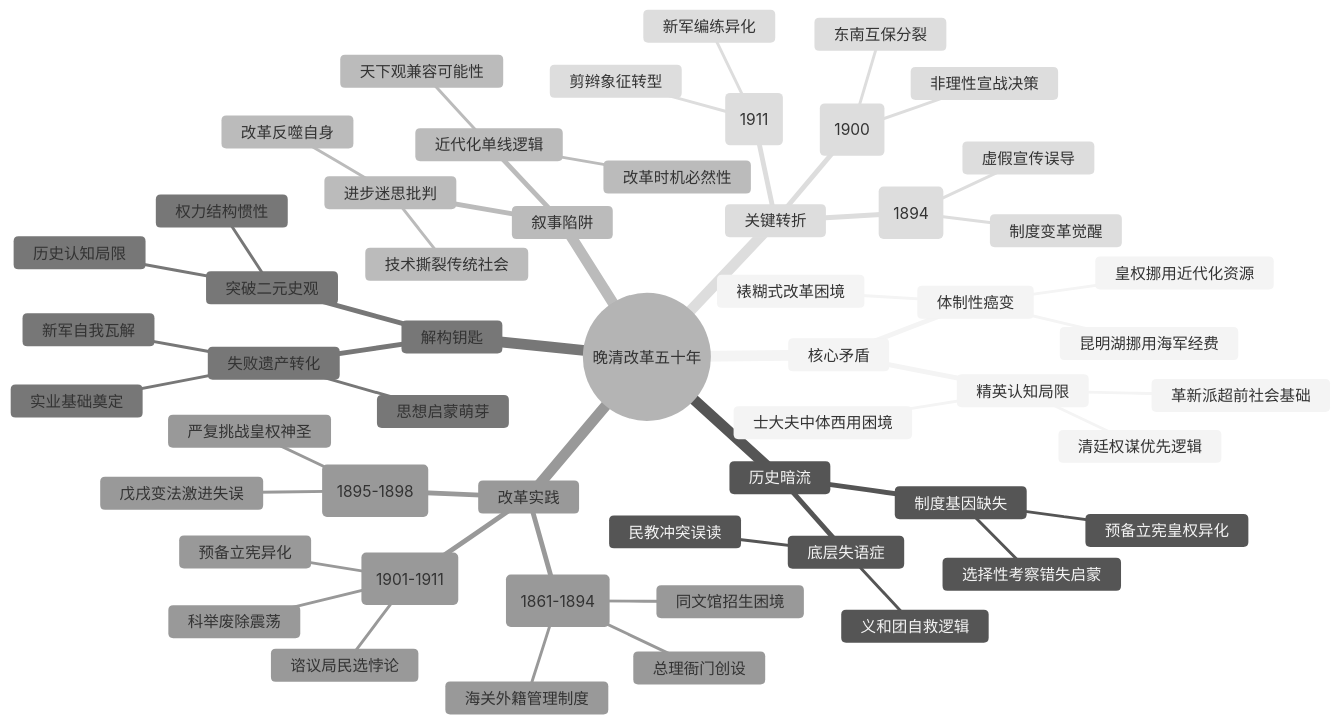
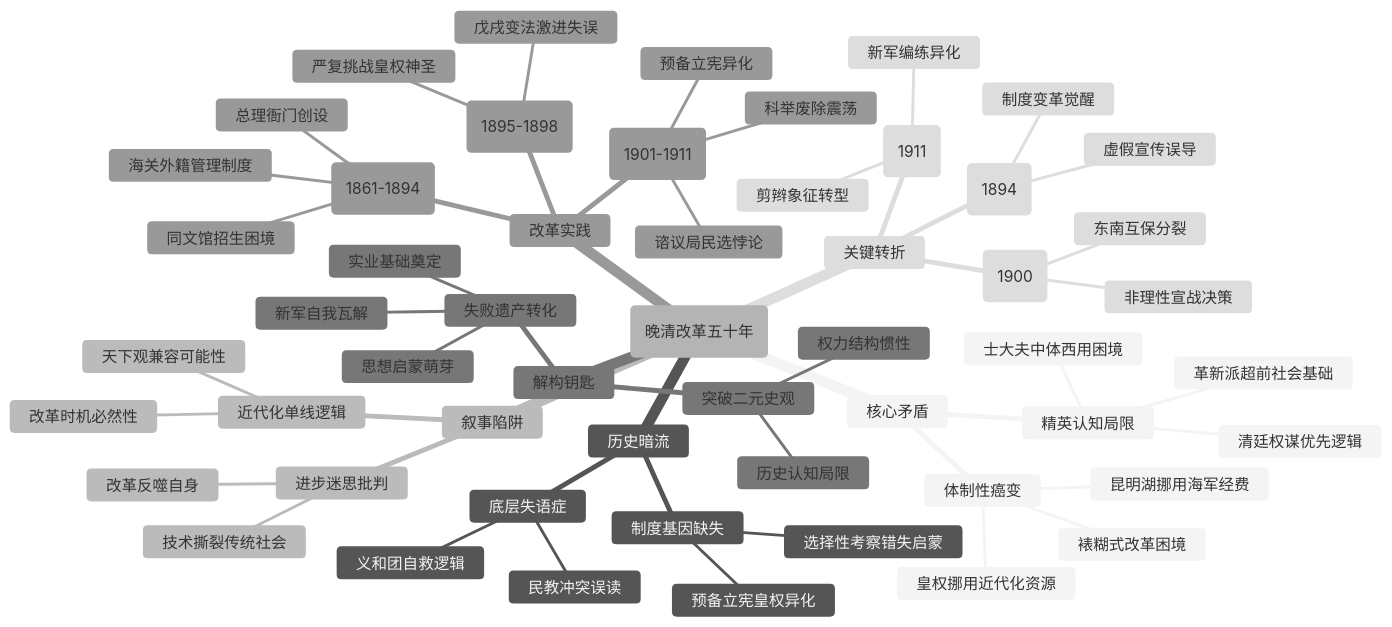
The diagram in 读书/中国历史/大变局——晚清改革五十年.md (funloss/funKnowledge), drawn with Mermaid (neutral theme) before and after one commit. The commit also changed 74 other files, not shown here.

````diff
--- a/读书/中国历史/大变局——晚清改革五十年.md
+++ b/读书/中国历史/大变局——晚清改革五十年.md
@@ -3,57 +3,57 @@
 ```mermaid
 mindmap
-  root((晚清改革五十年))
+  root(晚清改革五十年)
     核心矛盾
       体制性癌变
         裱糊式改革困境
         皇权挪用近代化资源
         昆明湖挪用海军经费
       精英认知局限
         清廷权谋优先逻辑
         士大夫中体西用困境
         革新派超前社会基础
     历史暗流
       底层失语症
         民教冲突误读
         义和团自救逻辑
       制度基因缺失
         选择性考察错失启蒙
         预备立宪皇权异化
     叙事陷阱
       近代化单线逻辑
         天下观兼容可能性
         改革时机必然性
       进步迷思批判
         技术撕裂传统社会
         改革反噬自身
     解构钥匙
       突破二元史观
         权力结构惯性
         历史认知局限
       失败遗产转化
         思想启蒙萌芽
         实业基础奠定
         新军自我瓦解
     改革实践
       洋务运动(1861-1894)
         总理衙门创设
         同文馆招生困境
         海关外籍管理制度
       维新探索(1895-1898)
         严复挑战皇权神圣
         戊戌变法激进失误
       新政困局(1901-1911)
         科举废除震荡
         预备立宪异化
         谘议局民选悖论
     关键转折
       甲午战败(1894)
         虚假宣传误导
         制度变革觉醒
       庚子之变(1900)
         非理性宣战决策
         东南互保分裂
       帝国崩塌(1911)
         新军编练异化
         剪辫象征转型
 ``` 
````
